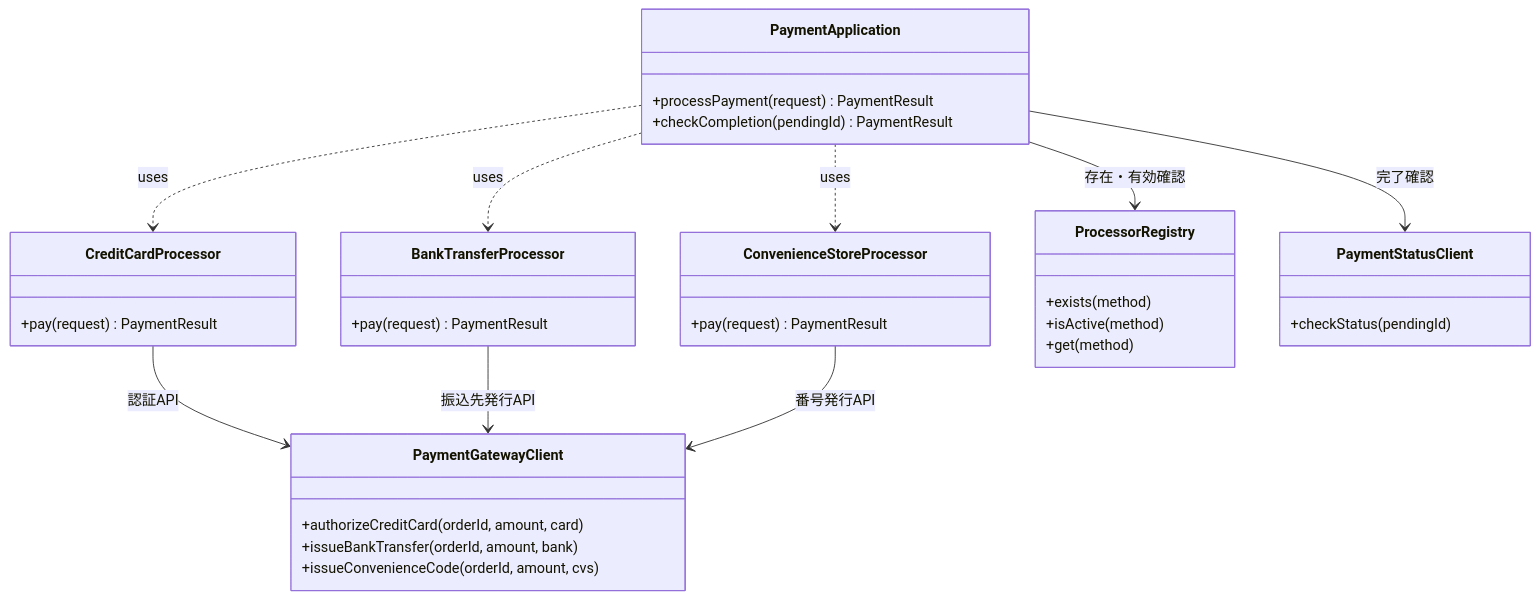
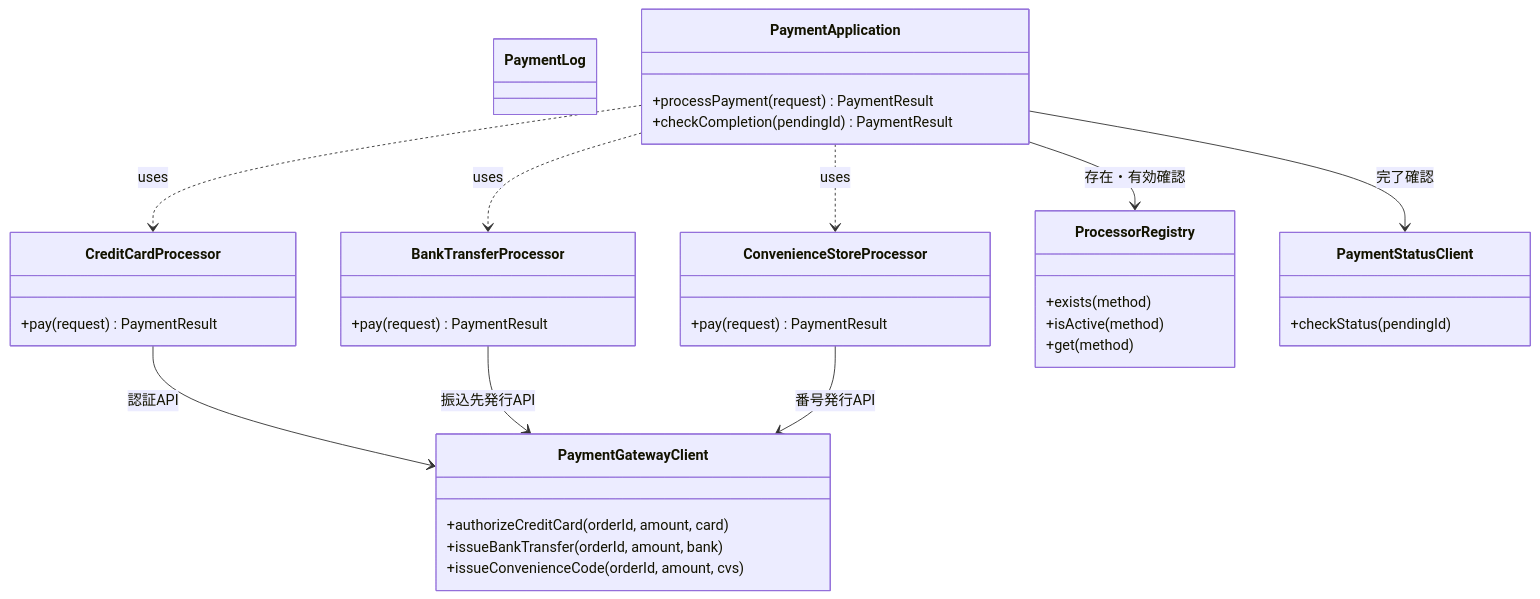
The fourth of 13 diagrams in kindle/design-patterns/output/chapter08.md (kumachan1101-pixel/DesignPattern), drawn with Mermaid before and after one commit. The commit also changed other lines of this file and 19 other files, not shown here.

````diff
--- a/kindle/design-patterns/output/chapter08.md
+++ b/kindle/design-patterns/output/chapter08.md
@@ -241,37 +241,38 @@
 ```mermaid
 classDiagram
+    class PaymentLog
     class PaymentApplication {
         +processPayment(request) PaymentResult
         +checkCompletion(pendingId) PaymentResult
     }
     class CreditCardProcessor {
         +pay(request) PaymentResult
     }
     class BankTransferProcessor {
         +pay(request) PaymentResult
     }
     class ConvenienceStoreProcessor {
         +pay(request) PaymentResult
     }
     class ProcessorRegistry {
         +exists(method)
         +isActive(method)
         +get(method)
     }
     class PaymentGatewayClient {
         +authorizeCreditCard(orderId, amount, card)
         +issueBankTransfer(orderId, amount, bank)
         +issueConvenienceCode(orderId, amount, cvs)
     }
     class PaymentStatusClient {
         +checkStatus(pendingId)
     }
     PaymentApplication ..> CreditCardProcessor : uses
     PaymentApplication ..> BankTransferProcessor : uses
     PaymentApplication ..> ConvenienceStoreProcessor : uses
     PaymentApplication --> ProcessorRegistry : 存在・有効確認
     PaymentApplication --> PaymentStatusClient : 完了確認
     CreditCardProcessor --> PaymentGatewayClient : 認証API
     BankTransferProcessor --> PaymentGatewayClient : 振込先発行API
     ConvenienceStoreProcessor --> PaymentGatewayClient : 番号発行API
 ```
````
